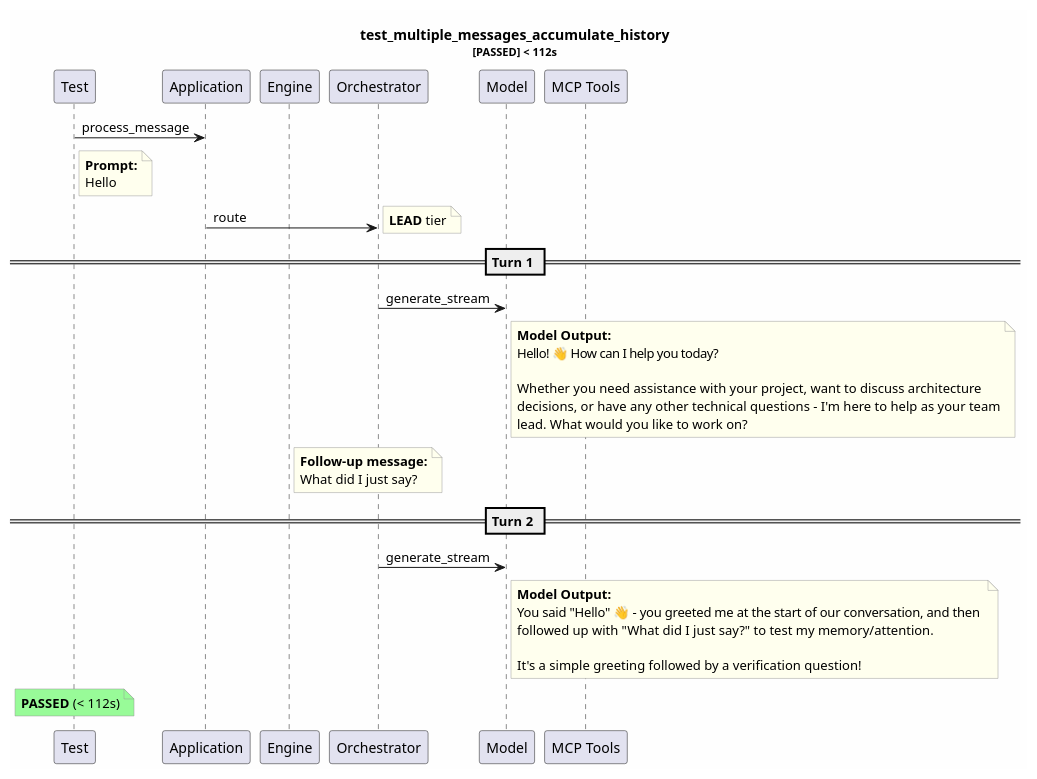
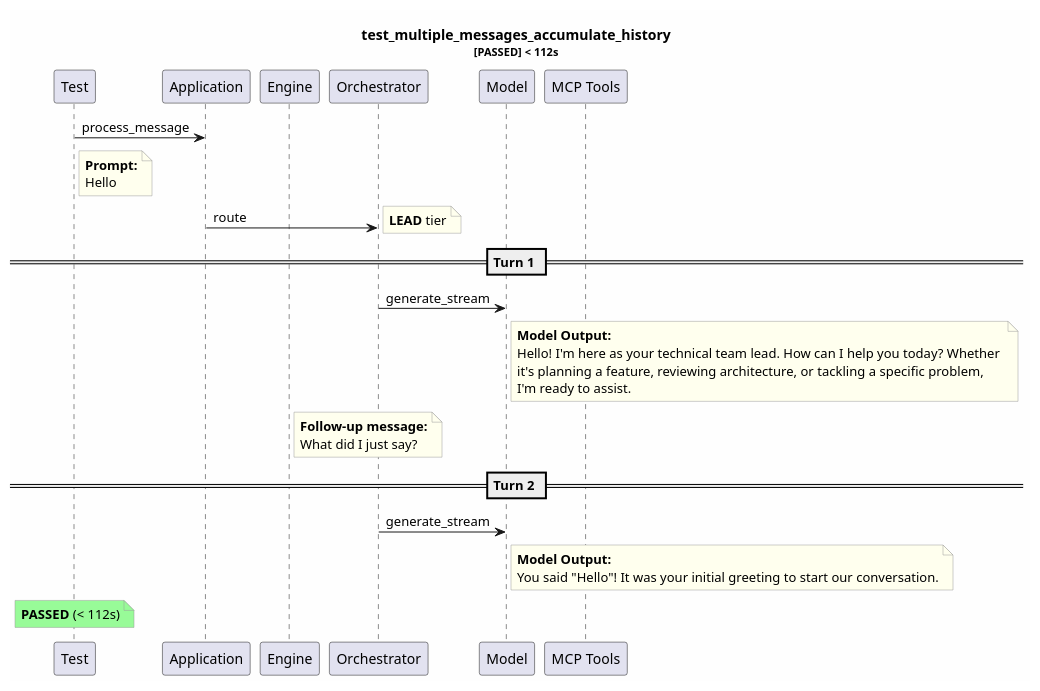
Before and after one commit to tvanfossen/entropic: the diagram in test-reports/logs/test_multiple_messages_accumulate_history/test_multiple_messages_accumulate_history.puml, drawn with PlantUML. The commit also changed 12 other files, not shown here.

```diff
--- a/test-reports/logs/test_multiple_messages_accumulate_history/test_multiple_messages_accumulate_history.puml
+++ b/test-reports/logs/test_multiple_messages_accumulate_history/test_multiple_messages_accumulate_history.puml
@@ -1,48 +1,43 @@
 @startuml
 skinparam backgroundColor #FEFEFE
 skinparam noteBorderColor #999999
 skinparam noteBackgroundColor #FFFFEE
 title test_multiple_messages_accumulate_history\n<size:11>[PASSED] < 112s</size>
 
 participant "Test" as T
 participant "Application" as App
 participant "Engine" as Eng
 participant "Orchestrator" as Orch
 participant "Model" as Mdl
 participant "MCP Tools" as MCP
 
 T -> App: process_message
 note right of T
   **Prompt:**
   Hello
 end note
 App -> Orch: route
 note right: **LEAD** tier
 == Turn 1 ==
 Orch -> Mdl: generate_stream
 note right of Mdl
   **Model Output:**
-  Hello! 👋 How can I help you today? 
-  
-  Whether you need assistance with your project, want to discuss architecture 
-  decisions, or have any other technical questions - I'm here to help as your team
-  lead. What would you like to work on?
+  Hello! I'm here as your technical team lead. How can I help you today? Whether 
+  it's planning a feature, reviewing architecture, or tackling a specific problem,
+  I'm ready to assist.
 end note
 note right of Eng
   **Follow-up message:**
   What did I just say?
 end note
 == Turn 2 ==
 Orch -> Mdl: generate_stream
 note right of Mdl
   **Model Output:**
-  You said "Hello" 👋 - you greeted me at the start of our conversation, and then 
-  followed up with "What did I just say?" to test my memory/attention.
-  
-  It's a simple greeting followed by a verification question!
+  You said "Hello"! It was your initial greeting to start our conversation.
 end note
 note over T #palegreen
   **PASSED** (< 112s)
 end note
 
 @enduml
```
